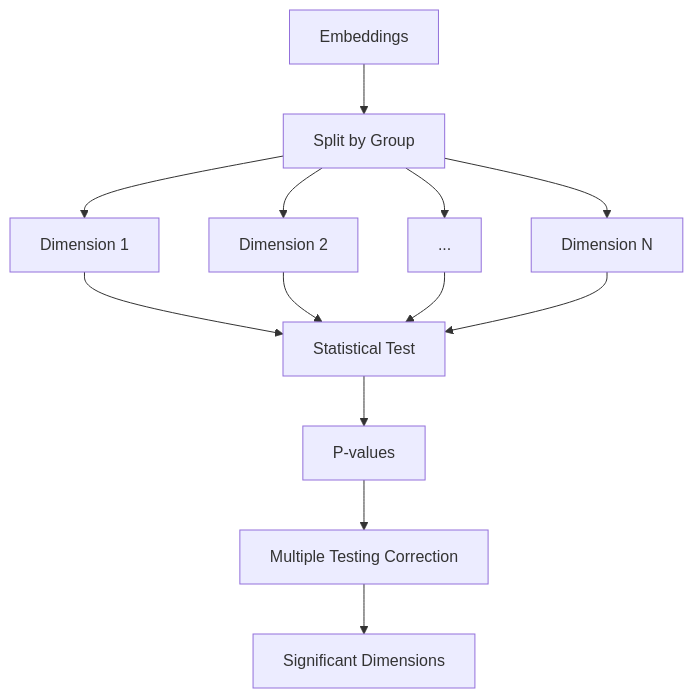
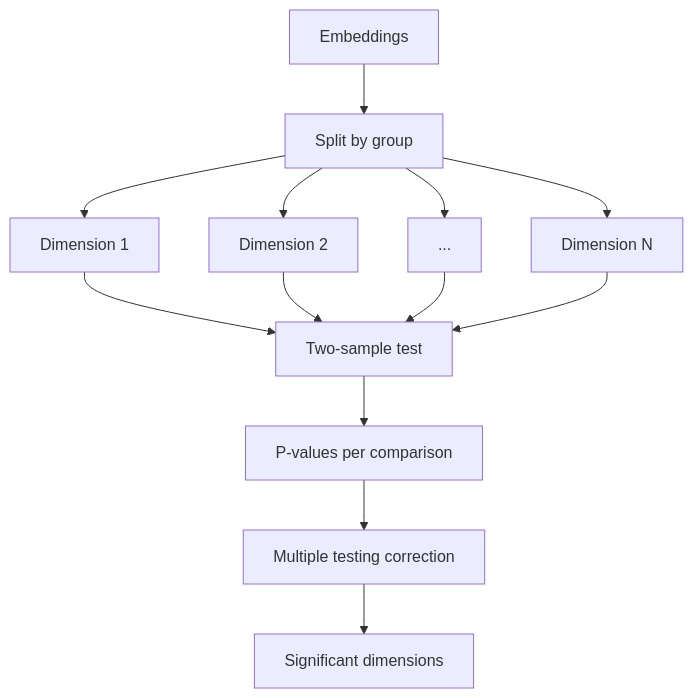
One commit to criticaldata/ShortKit-ML changed the diagram in docs/methods/statistical.md. Above: the diagram before and after it, drawn with Mermaid. The commit also changed other lines of this file and 92 other files, not shown here.

````diff
--- a/docs/methods/statistical.md
+++ b/docs/methods/statistical.md
@@ -12,15 +12,15 @@
 ```mermaid
 graph TD
-    A[Embeddings] --> B[Split by Group]
+    A[Embeddings] --> B[Split by group]
     B --> C[Dimension 1]
     B --> D[Dimension 2]
     B --> E[...]
     B --> F[Dimension N]
-    C --> G[Statistical Test]
+    C --> G[Two-sample test]
     D --> G
     E --> G
     F --> G
-    G --> H[P-values]
-    H --> I[Multiple Testing Correction]
-    I --> J[Significant Dimensions]
+    G --> H[P-values per comparison]
+    H --> I[Multiple testing correction]
+    I --> J[Significant dimensions]
 ```
````
